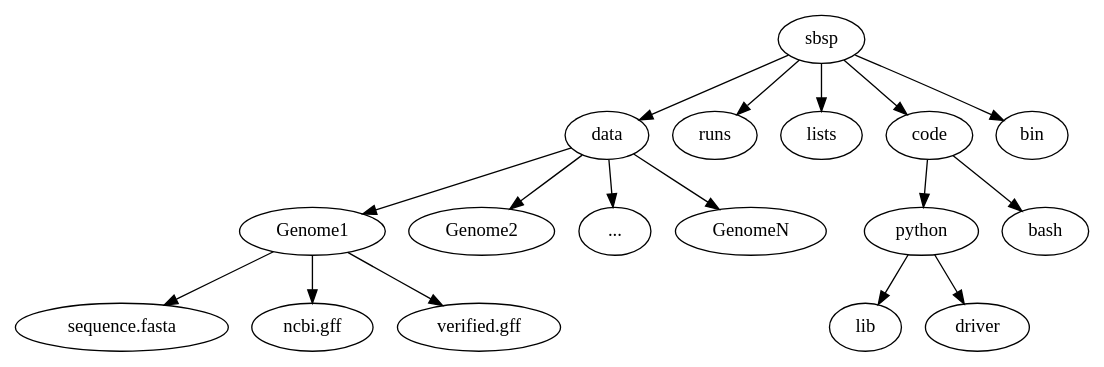
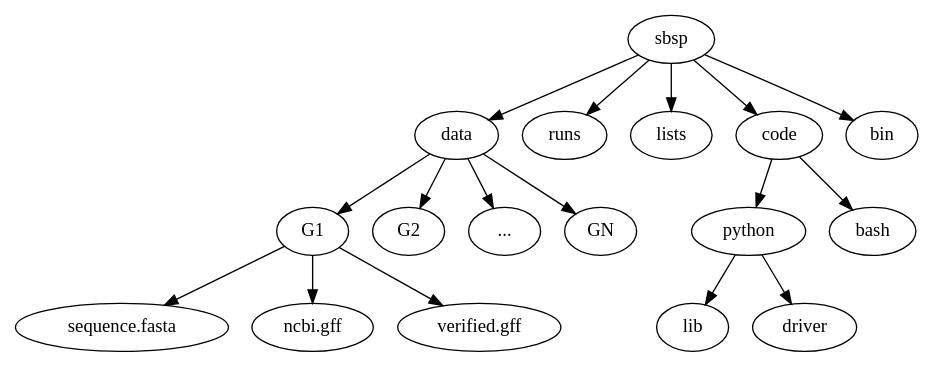
The first of 2 diagrams in sbsp/info/reproduce.org (gatech-genemark/StartLink-exp), drawn with Graphviz before and after one commit. The commit also changed other lines of this file and 5 other files, not shown here.

```diff
--- a/sbsp/info/reproduce.org
+++ b/sbsp/info/reproduce.org
@@ -21,25 +22,25 @@
 #+begin_src dot :file dir.pdf :cmdline -Tpdf
    digraph{
      sbsp -> data;
      sbsp -> runs;
      sbsp -> lists;
      sbsp -> code;
      sbsp -> bin
    
      code -> python;
      code -> bash;
    
    
-     data -> Genome1;
-     data -> Genome2;
+     data -> G1;
+     data -> G2;
      data -> "...";
-     data -> GenomeN;
+     data -> GN;
 
-     Genome1 -> "sequence.fasta";
-     Genome1 -> "ncbi.gff";
-     Genome1 -> "verified.gff";
+     G1 -> "sequence.fasta";
+     G1 -> "ncbi.gff";
+     G1 -> "verified.gff";
 
      python -> lib;
      python -> driver;
      }
 #+end_src
```
